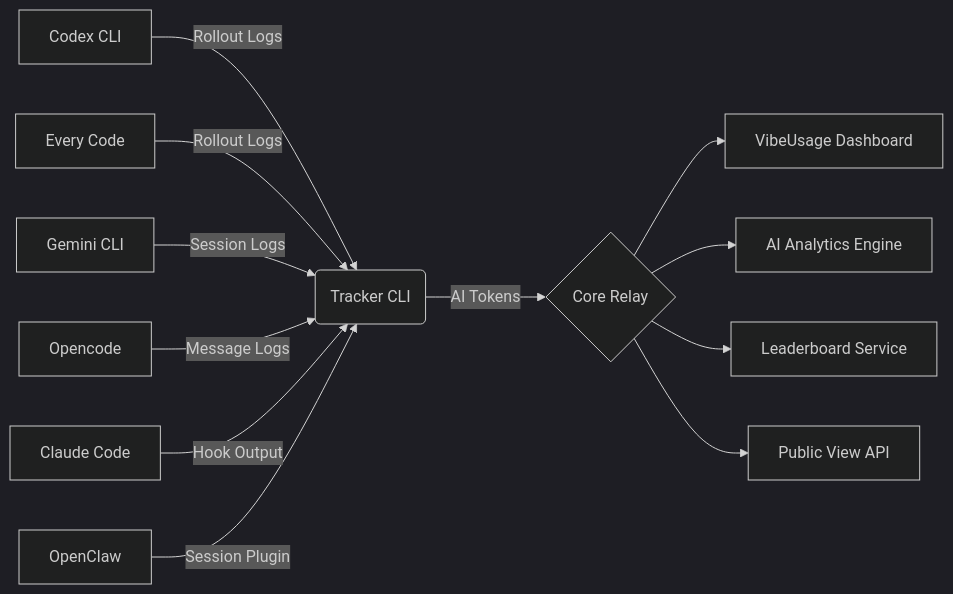
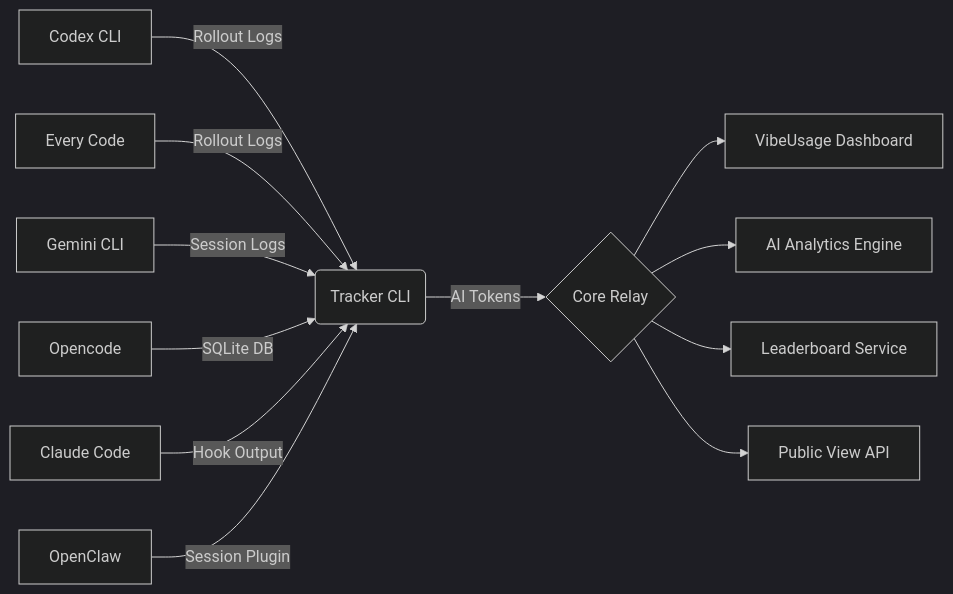
Before and after one commit to Acacia-Ma/vibeusage: the diagram in README.md, drawn with Mermaid (dark theme). The commit also changed other lines of this file and 19 other files, not shown here.

````diff
--- a/README.md
+++ b/README.md
@@ -205,14 +205,14 @@
 ```mermaid
 graph LR
     A[Codex CLI] -->|Rollout Logs| G(Tracker CLI)
     B[Every Code] -->|Rollout Logs| G
     C[Gemini CLI] -->|Session Logs| G
-    D[Opencode] -->|Message Logs| G
+    D[Opencode] -->|SQLite DB| G
     E[Claude Code] -->|Hook Output| G
     F[OpenClaw] -->|Session Plugin| G
     G -->|AI Tokens| H{Core Relay}
     H --> I[VibeUsage Dashboard]
     H --> J[AI Analytics Engine]
     H --> K[Leaderboard Service]
     H --> L[Public View API]
 ```
````
